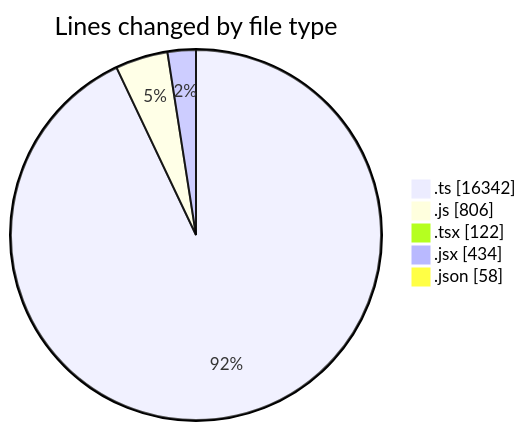
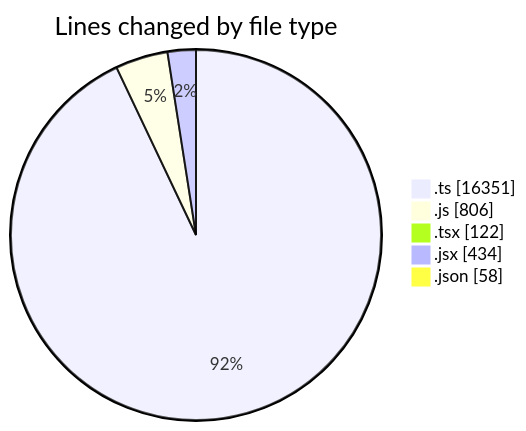
One commit to momahboobian/code-tracking changed the first of 2 diagrams in 2025-11-12/cda/README.md. Above: the diagram before and after it, drawn with Mermaid. The commit also changed other lines of this file and 1 other file, not shown here.

````diff
--- a/2025-11-12/cda/README.md
+++ b/2025-11-12/cda/README.md
@@ -34,9 +34,9 @@
 ```mermaid
 pie showData
 title Lines changed by file type
-".ts" : 16342
+".ts" : 16351
 ".js" : 806
 ".tsx" : 122
 ".jsx" : 434
 ".json" : 58
 ```
````
